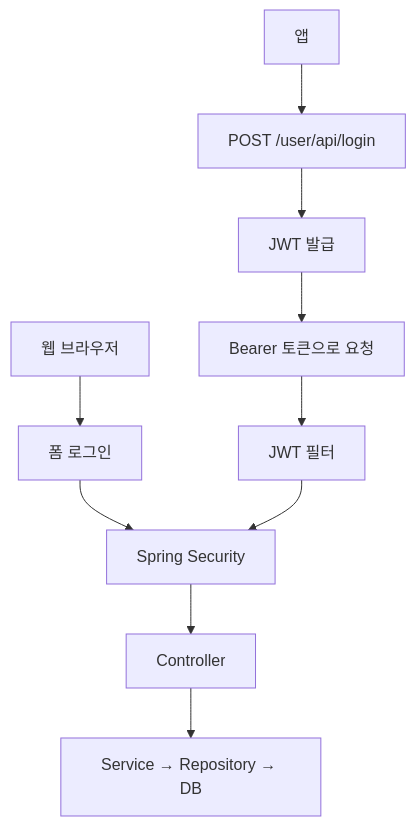
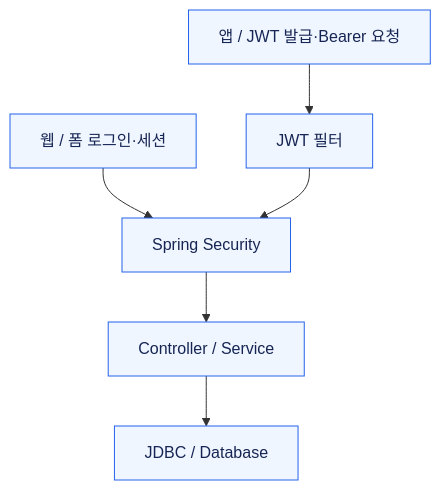
The diagram in README.md (ZANDHIFORCE/AI-stock-backend), drawn with Mermaid before and after one commit. The commit also changed other lines of this file and 2 other files, not shown here.

Commit message:
docs: improve diagram readability and responsive GitHub layout

````diff
--- a/README.md
+++ b/README.md
@@ -41,12 +44,9 @@
 ```mermaid
 flowchart TD
-    W[웹 브라우저] --> F[폼 로그인]
-    A[앱] --> L[POST /user/api/login]
-    L --> J[JWT 발급]
-    J --> B[Bearer 토큰으로 요청]
-    F --> S[Spring Security]
-    B --> V[JWT 필터]
-    V --> S
-    S --> C[Controller]
-    C --> R[Service → Repository → DB]
+    W[웹 / 폼 로그인·세션] --> S[Spring Security]
+    A[앱 / JWT 발급·Bearer 요청] --> J[JWT 필터]
+    J --> S
+    S --> C[Controller / Service]
+    C --> R[JDBC / Database]
+    classDef default fill:#eff6ff,stroke:#2563eb,color:#172554
 ```
````
